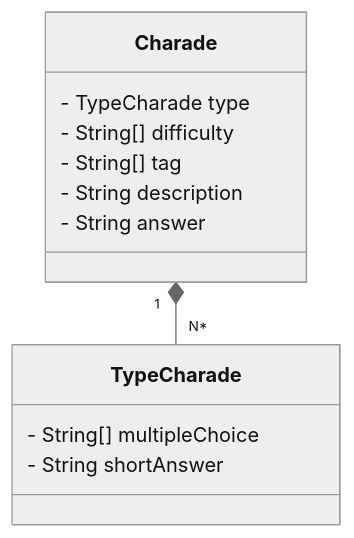
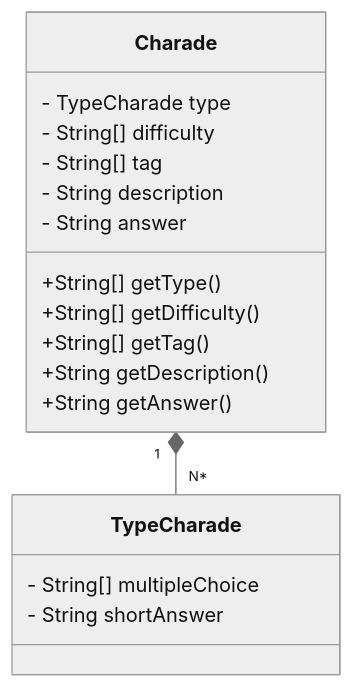
The diagram in README.md (danielasegadilha/Spring-boot-game), drawn with Mermaid (neutral theme) before and after one commit.

````diff
--- a/README.md
+++ b/README.md
@@ -24,16 +24,21 @@
 ```mermaid
 classDiagram
     class Charade {
         - TypeCharade type
         - String[] difficulty
         - String[] tag
         - String description
         - String answer
++String[] getType()
+        +String[] getDifficulty()
+        +String[] getTag()
+        +String getDescription()
+        +String getAnswer()
     }
     class TypeCharade {
         - String[] multipleChoice
         - String shortAnswer
     }
 
     Charade "1" *-- "N*" TypeCharade
 ```
````
